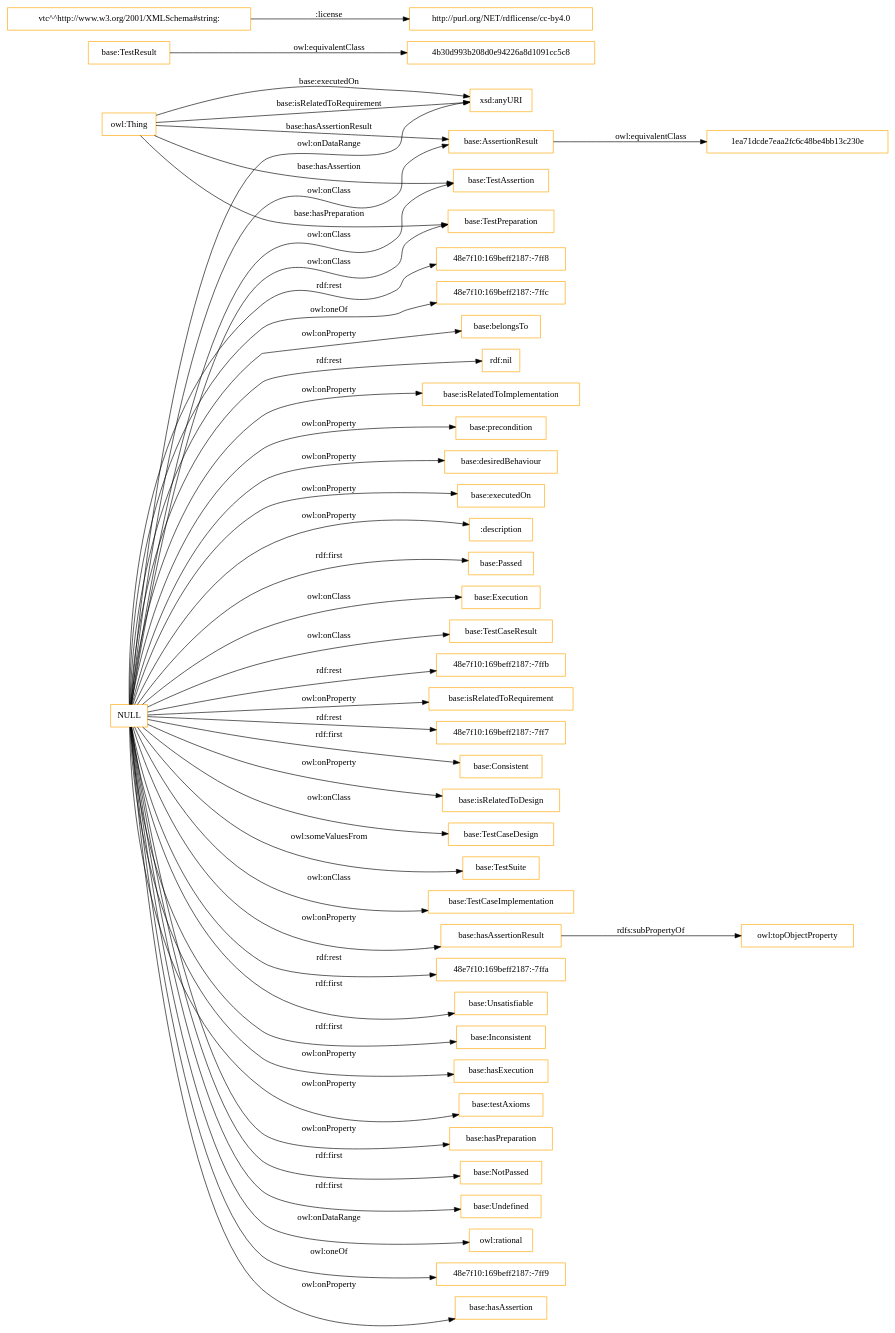
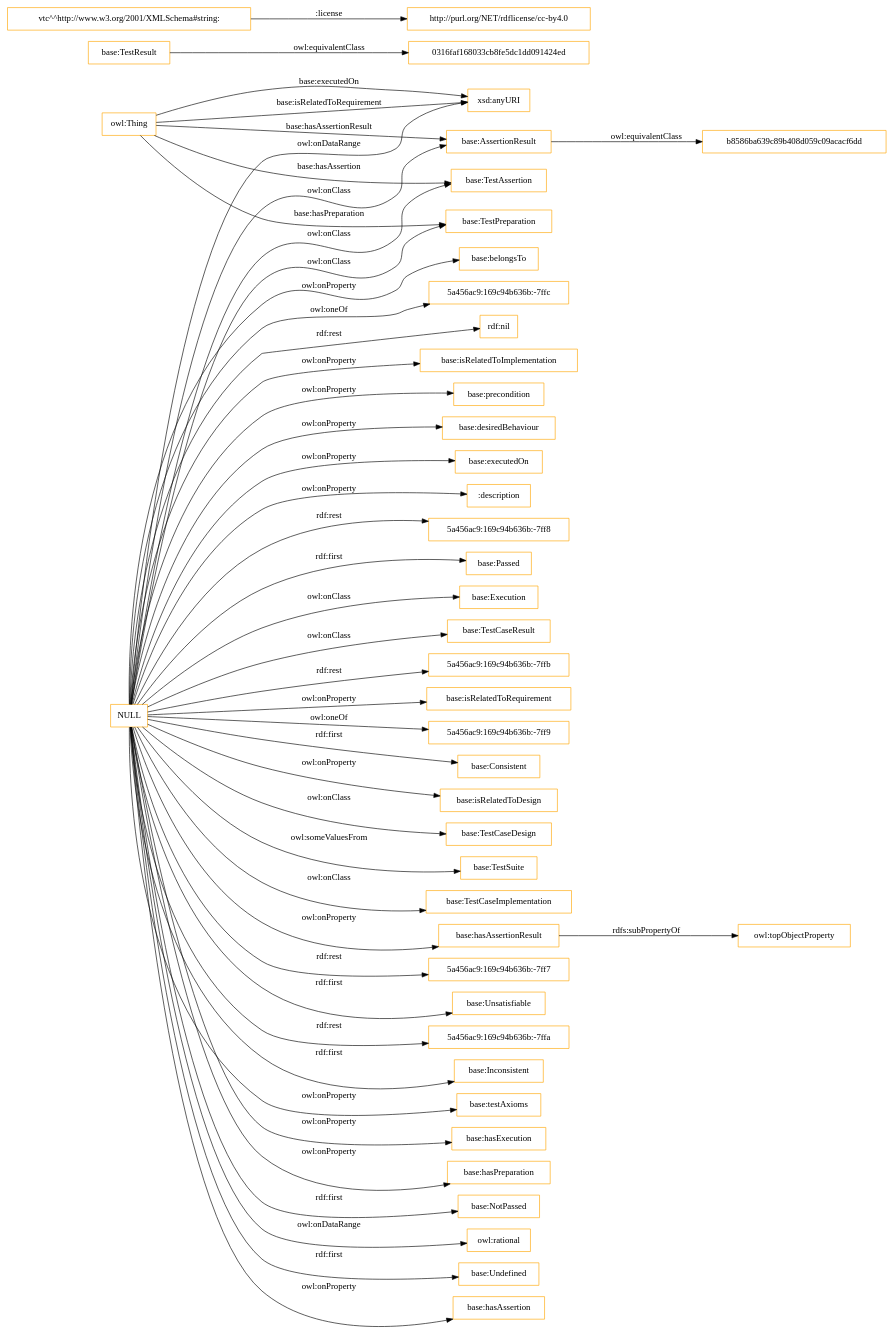
The diagram in OnToology/ontology/verification-test-description.ttl/diagrams/ar2dtool-class/verification-test-description.ttl.png.dot (ahmad88me/test-verification-ontology), drawn with Graphviz before and after one commit. The commit also changed 6 other files, not shown here.

```diff
--- a/OnToology/ontology/verification-test-description.ttl/diagrams/ar2dtool-class/verification-test-description.ttl.png.dot
+++ b/OnToology/ontology/verification-test-description.ttl/diagrams/ar2dtool-class/verification-test-description.ttl.png.dot
@@ -1,51 +1,51 @@
 digraph ar2dtool_diagram { 
 rankdir=LR;
 size="1501"
-node [shape = rectangle, color="orange"]; "base:Execution" "4b30d993b208d0e94226a8d1091cc5c8" "base:TestCaseResult" "1ea71dcde7eaa2fc6c48be4bb13c230e" "base:AssertionResult" "base:TestResult" "base:TestCaseDesign" "base:TestSuite" "base:TestCaseImplementation" "base:TestAssertion" "base:TestPreparation" ; /*classes style*/
-	"base:AssertionResult" -> "1ea71dcde7eaa2fc6c48be4bb13c230e" [ label = "owl:equivalentClass" ];
+node [shape = rectangle, color="orange"]; "base:Execution" "base:TestCaseResult" "base:AssertionResult" "base:TestResult" "base:TestCaseDesign" "base:TestSuite" "base:TestCaseImplementation" "base:TestAssertion" "0316faf168033cb8fe5dc1dd091424ed" "base:TestPreparation" "b8586ba639c89b408d059c09acacf6dd" ; /*classes style*/
+	"base:AssertionResult" -> "b8586ba639c89b408d059c09acacf6dd" [ label = "owl:equivalentClass" ];
 	"base:hasAssertionResult" -> "owl:topObjectProperty" [ label = "rdfs:subPropertyOf" ];
-	"base:TestResult" -> "4b30d993b208d0e94226a8d1091cc5c8" [ label = "owl:equivalentClass" ];
+	"base:TestResult" -> "0316faf168033cb8fe5dc1dd091424ed" [ label = "owl:equivalentClass" ];
 	"NULL" -> "base:Execution" [ label = "owl:onClass" ];
-	"NULL" -> "48e7f10:169beff2187:-7ffa" [ label = "rdf:rest" ];
+	"NULL" -> "5a456ac9:169c94b636b:-7ff7" [ label = "rdf:rest" ];
 	"NULL" -> "base:TestCaseResult" [ label = "owl:onClass" ];
 	"NULL" -> "base:Unsatisfiable" [ label = "rdf:first" ];
+	"NULL" -> "5a456ac9:169c94b636b:-7ffa" [ label = "rdf:rest" ];
 	"NULL" -> "base:Inconsistent" [ label = "rdf:first" ];
+	"NULL" -> "base:testAxioms" [ label = "owl:onProperty" ];
 	"NULL" -> "base:hasExecution" [ label = "owl:onProperty" ];
-	"NULL" -> "base:testAxioms" [ label = "owl:onProperty" ];
 	"NULL" -> "base:hasPreparation" [ label = "owl:onProperty" ];
 	"NULL" -> "base:NotPassed" [ label = "rdf:first" ];
 	"NULL" -> "base:TestCaseImplementation" [ label = "owl:onClass" ];
-	"NULL" -> "base:Undefined" [ label = "rdf:first" ];
 	"NULL" -> "base:TestPreparation" [ label = "owl:onClass" ];
 	"NULL" -> "owl:rational" [ label = "owl:onDataRange" ];
-	"NULL" -> "48e7f10:169beff2187:-7ff9" [ label = "owl:oneOf" ];
+	"NULL" -> "base:Undefined" [ label = "rdf:first" ];
 	"NULL" -> "base:hasAssertion" [ label = "owl:onProperty" ];
 	"NULL" -> "base:TestCaseDesign" [ label = "owl:onClass" ];
-	"NULL" -> "48e7f10:169beff2187:-7ff8" [ label = "rdf:rest" ];
-	"NULL" -> "48e7f10:169beff2187:-7ffc" [ label = "owl:oneOf" ];
+	"NULL" -> "base:belongsTo" [ label = "owl:onProperty" ];
 	"NULL" -> "base:AssertionResult" [ label = "owl:onClass" ];
-	"NULL" -> "base:belongsTo" [ label = "owl:onProperty" ];
+	"NULL" -> "5a456ac9:169c94b636b:-7ffc" [ label = "owl:oneOf" ];
 	"NULL" -> "rdf:nil" [ label = "rdf:rest" ];
 	"NULL" -> "base:isRelatedToImplementation" [ label = "owl:onProperty" ];
 	"NULL" -> "base:precondition" [ label = "owl:onProperty" ];
 	"NULL" -> "base:desiredBehaviour" [ label = "owl:onProperty" ];
 	"NULL" -> "base:executedOn" [ label = "owl:onProperty" ];
+	"NULL" -> "base:hasAssertionResult" [ label = "owl:onProperty" ];
 	"NULL" -> ":description" [ label = "owl:onProperty" ];
-	"NULL" -> "base:hasAssertionResult" [ label = "owl:onProperty" ];
+	"NULL" -> "5a456ac9:169c94b636b:-7ff8" [ label = "rdf:rest" ];
 	"NULL" -> "base:Passed" [ label = "rdf:first" ];
-	"NULL" -> "48e7f10:169beff2187:-7ffb" [ label = "rdf:rest" ];
+	"NULL" -> "5a456ac9:169c94b636b:-7ffb" [ label = "rdf:rest" ];
 	"NULL" -> "base:isRelatedToRequirement" [ label = "owl:onProperty" ];
-	"NULL" -> "48e7f10:169beff2187:-7ff7" [ label = "rdf:rest" ];
 	"NULL" -> "xsd:anyURI" [ label = "owl:onDataRange" ];
 	"NULL" -> "base:TestSuite" [ label = "owl:someValuesFrom" ];
+	"NULL" -> "5a456ac9:169c94b636b:-7ff9" [ label = "owl:oneOf" ];
 	"NULL" -> "base:TestAssertion" [ label = "owl:onClass" ];
 	"NULL" -> "base:Consistent" [ label = "rdf:first" ];
 	"NULL" -> "base:isRelatedToDesign" [ label = "owl:onProperty" ];
 	"vtc^^http://www.w3.org/2001/XMLSchema#string:" -> "http://purl.org/NET/rdflicense/cc-by4.0" [ label = ":license" ];
 	"owl:Thing" -> "base:TestAssertion" [ label = "base:hasAssertion" ];
 	"owl:Thing" -> "base:TestPreparation" [ label = "base:hasPreparation" ];
 	"owl:Thing" -> "xsd:anyURI" [ label = "base:executedOn" ];
 	"owl:Thing" -> "base:AssertionResult" [ label = "base:hasAssertionResult" ];
 	"owl:Thing" -> "xsd:anyURI" [ label = "base:isRelatedToRequirement" ];
 
 }
```
